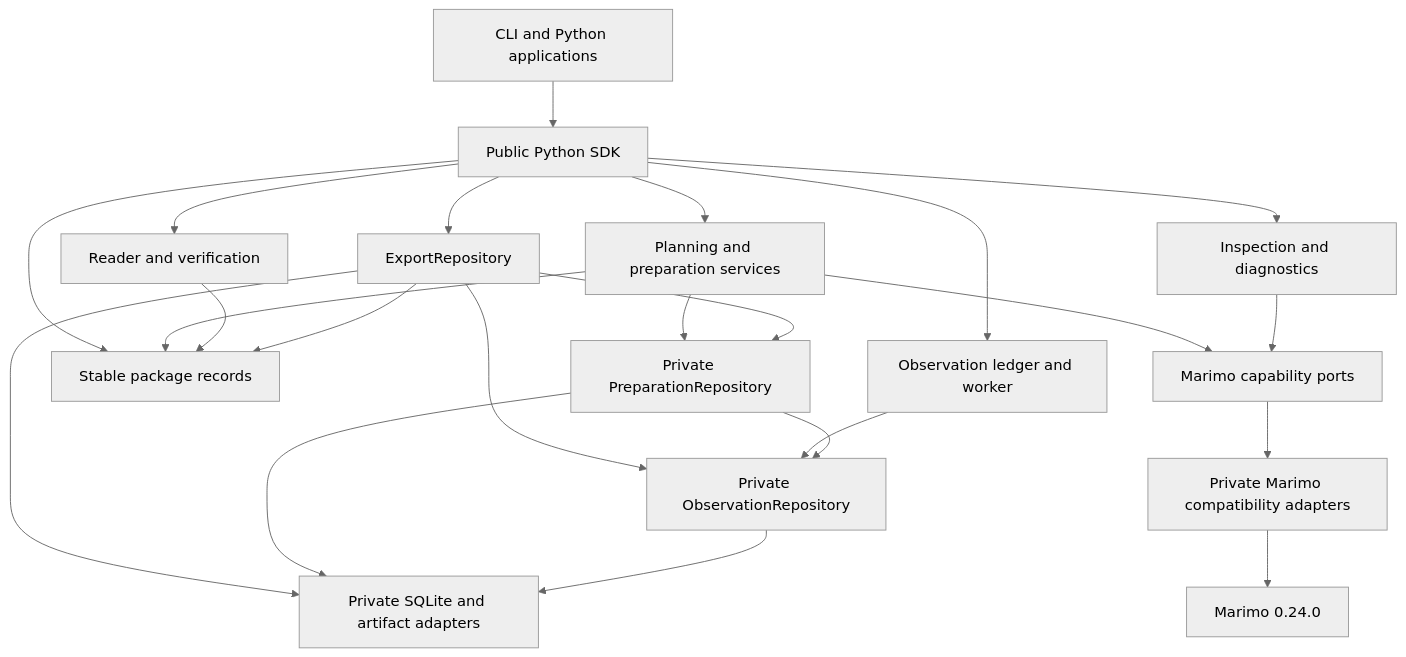
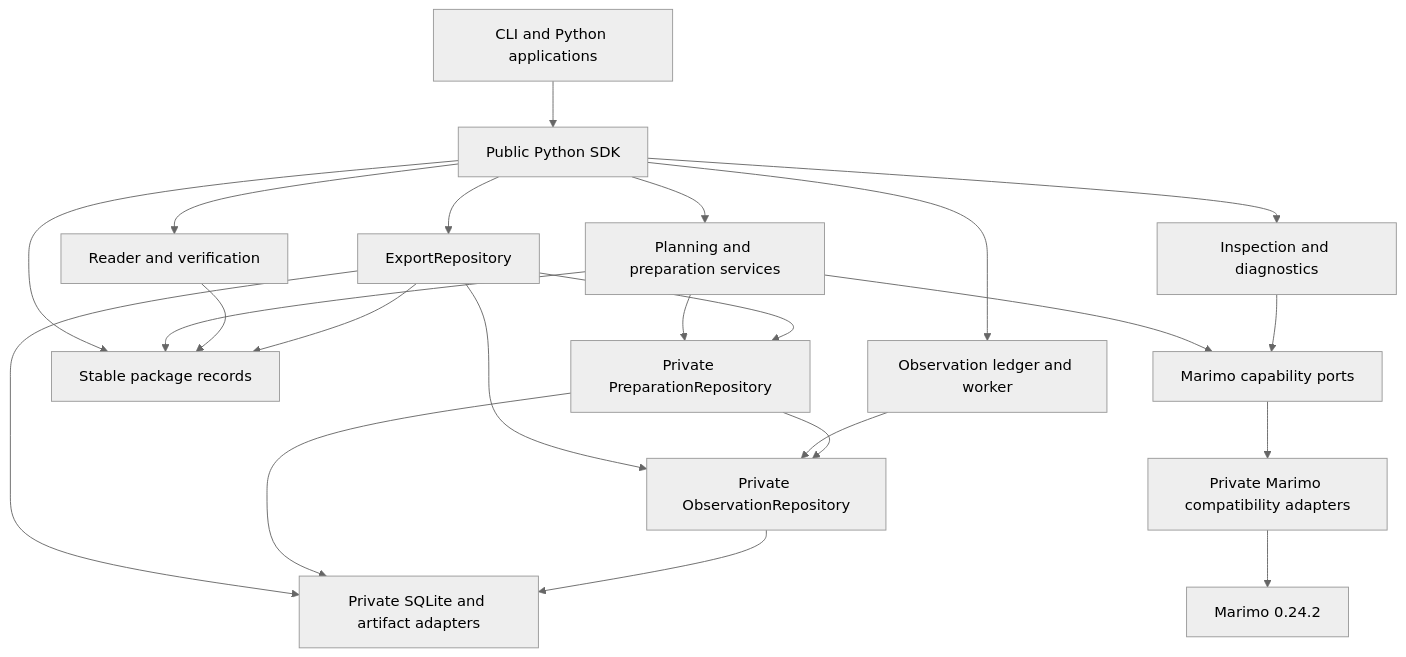
The third of 4 diagrams in development_docs/architecture.md (marimo-team/marimo-export), drawn with Mermaid (neutral theme) before and after one commit. The commit also changed other lines of this file and 18 other files, not shown here.

````diff
--- a/development_docs/architecture.md
+++ b/development_docs/architecture.md
@@ -75,40 +75,40 @@
 ```mermaid
 flowchart TB
     apps[CLI and Python applications]
     sdk[Public Python SDK]
     services[Planning and preparation services]
     readers[Reader and verification]
     publicRepository[ExportRepository]
     integration[Inspection and diagnostics]
     observationWorker[Observation ledger and worker]
     records[Stable package records]
     preparationRepository[Private PreparationRepository]
     observationRepository[Private ObservationRepository]
     marimoPorts[Marimo capability ports]
     sqlite[Private SQLite and artifact adapters]
     compat[Private Marimo compatibility adapters]
-    host[Marimo 0.24.0]
+    host[Marimo 0.24.2]
 
     apps --> sdk
     sdk --> records
     sdk --> services
     sdk --> readers
     sdk --> publicRepository
     sdk --> integration
     sdk --> observationWorker
     services --> records
     services --> preparationRepository
     services --> marimoPorts
     readers --> records
     publicRepository --> records
     publicRepository --> sqlite
     publicRepository --> observationRepository
     publicRepository --> preparationRepository
     integration --> marimoPorts
     observationWorker --> observationRepository
     preparationRepository --> observationRepository
     preparationRepository --> sqlite
     observationRepository --> sqlite
     marimoPorts --> compat
     compat --> host
 ```
````
